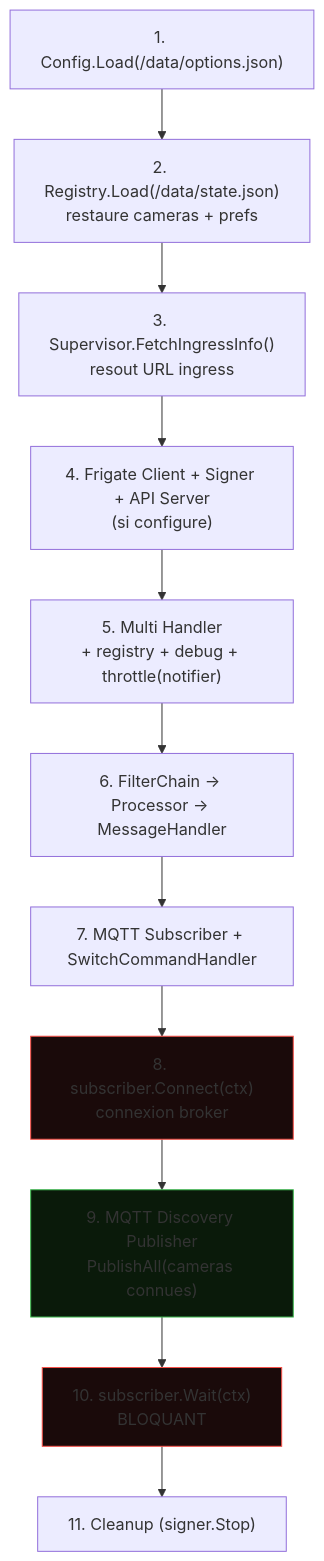
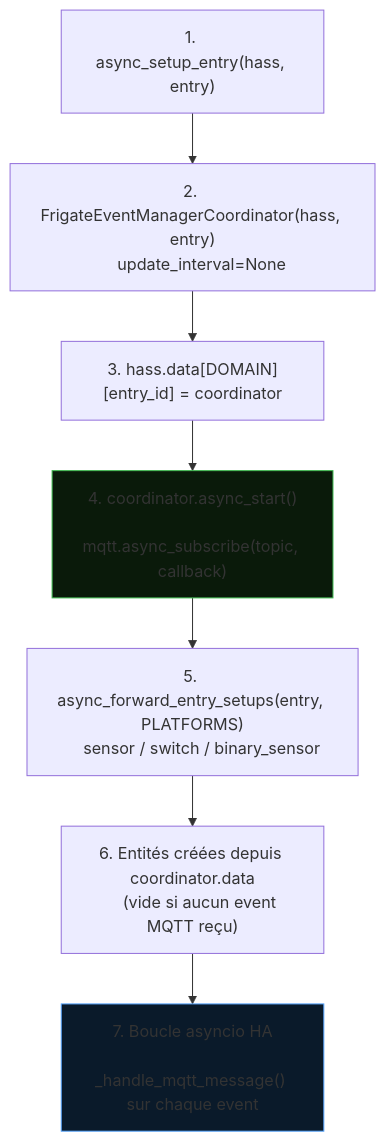
The fourth of 4 diagrams in docs/architecture.md (trowaflo/frigate-event-manager), drawn with Mermaid before and after one commit. The commit also changed other lines of this file and 2 other files, not shown here.

Commit message:
docs: README HACS, architecture Python, blackboard nettoyé

````diff
--- a/docs/architecture.md
+++ b/docs/architecture.md
@@ -201,20 +177,15 @@
 ```mermaid
 graph TD
-    S1["1. Config.Load(/data/options.json)"]
-    S2["2. Registry.Load(/data/state.json)<br/>restaure cameras + prefs"]
-    S3["3. Supervisor.FetchIngressInfo()<br/>resout URL ingress"]
-    S4["4. Frigate Client + Signer + API Server<br/>(si configure)"]
-    S5["5. Multi Handler<br/>+ registry + debug + throttle(notifier)"]
-    S6["6. FilterChain -> Processor -> MessageHandler"]
-    S7["7. MQTT Subscriber + SwitchCommandHandler"]
-    S8["8. subscriber.Connect(ctx)<br/>connexion broker"]
-    S9["9. MQTT Discovery Publisher<br/>PublishAll(cameras connues)"]
-    S10["10. subscriber.Wait(ctx)<br/>BLOQUANT"]
-    S11["11. Cleanup (signer.Stop)"]
+    S1["1. async_setup_entry(hass, entry)"]
+    S2["2. FrigateEventManagerCoordinator(hass, entry)\n    update_interval=None"]
+    S3["3. hass.data[DOMAIN][entry_id] = coordinator"]
+    S4["4. coordinator.async_start()\n    mqtt.async_subscribe(topic, callback)"]
+    S5["5. async_forward_entry_setups(entry, PLATFORMS)\n    sensor / switch / binary_sensor"]
+    S6["6. Entités créées depuis coordinator.data\n    (vide si aucun event MQTT reçu)"]
+    S7["7. Boucle asyncio HA\n    _handle_mqtt_message() sur chaque event"]
 
-    S1 --> S2 --> S3 --> S4 --> S5 --> S6 --> S7 --> S8 --> S9 --> S10 --> S11
+    S1 --> S2 --> S3 --> S4 --> S5 --> S6 --> S7
 
-    style S8 fill:#1a0a0a,stroke:#f85149
-    style S10 fill:#1a0a0a,stroke:#f85149
-    style S9 fill:#0a1a0a,stroke:#3fb950
+    style S4 fill:#0a1a0a,stroke:#3fb950
+    style S7 fill:#0a1a2a,stroke:#58a6ff
 ```
````
